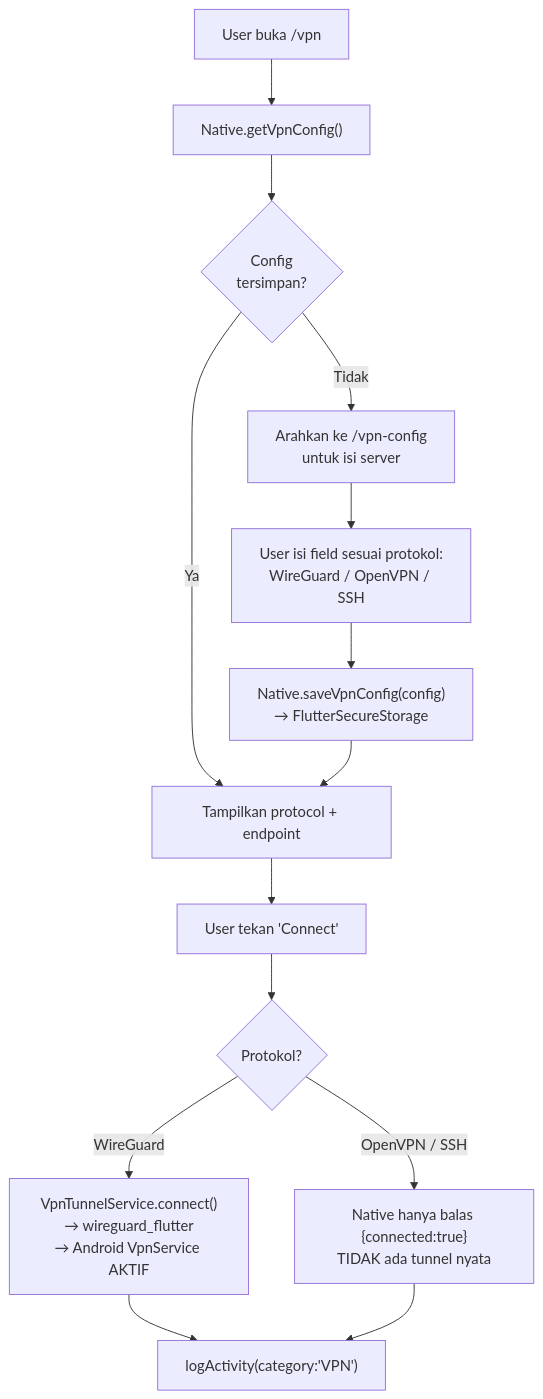
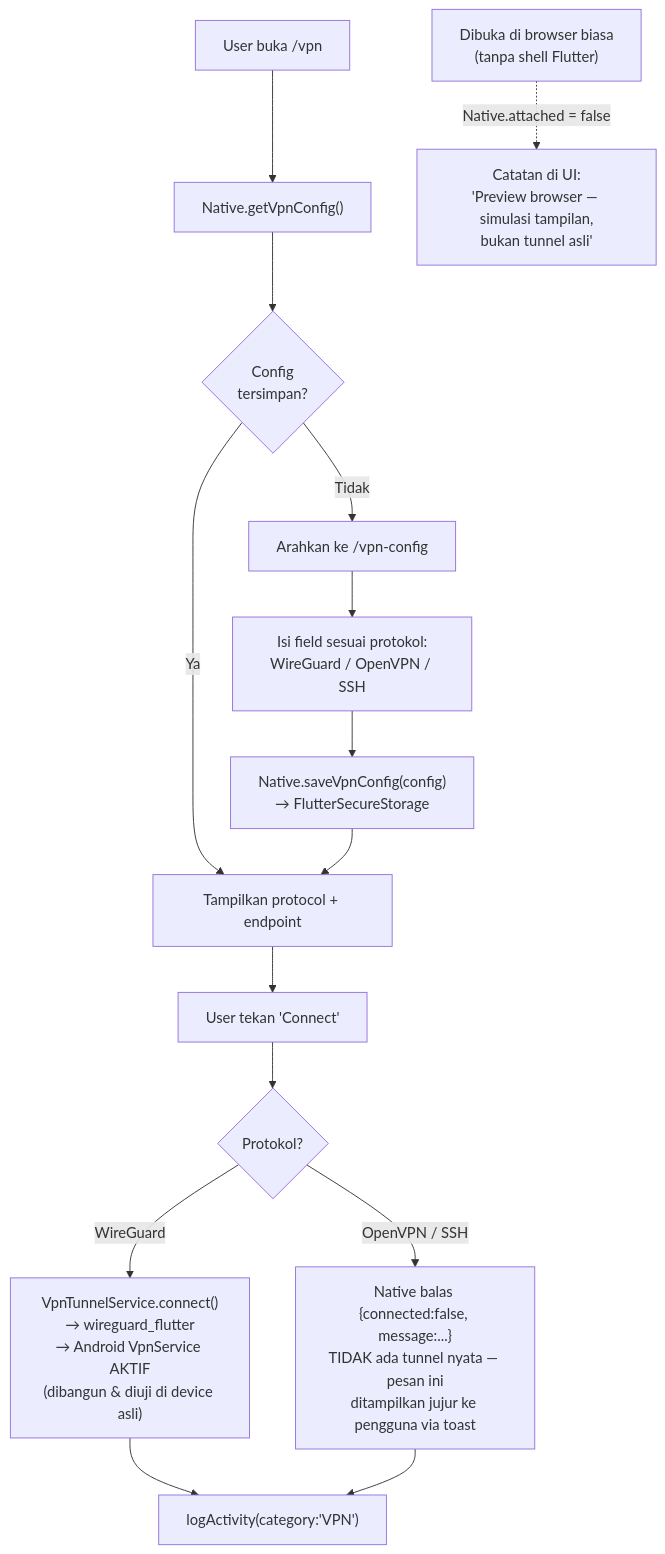
One commit to Khoirul-Yardan/PROJECT-MOBILE-APP changed diagram 12 of 15 in docs/diagram-alur.md. Above: the diagram before and after it, drawn with Mermaid. The commit also changed other lines of this file and 42 other files, not shown here.

````diff
--- a/docs/diagram-alur.md
+++ b/docs/diagram-alur.md
@@ -426,16 +586,18 @@
 ```mermaid
 flowchart TD
     OpenVpn["User buka /vpn"] --> GetConfig["Native.getVpnConfig()"]
     GetConfig --> HasConfig{Config\ntersimpan?}
-    HasConfig -->|Tidak| PromptAdd["Arahkan ke /vpn-config\nuntuk isi server"]
+    HasConfig -->|Tidak| PromptAdd["Arahkan ke /vpn-config"]
     HasConfig -->|Ya| ShowStatus["Tampilkan protocol + endpoint"]
-    PromptAdd --> FillForm["User isi field sesuai protokol:\nWireGuard / OpenVPN / SSH"]
+    PromptAdd --> FillForm["Isi field sesuai protokol:\nWireGuard / OpenVPN / SSH"]
     FillForm --> SaveConfig["Native.saveVpnConfig(config)\n→ FlutterSecureStorage"]
     SaveConfig --> ShowStatus
     ShowStatus --> Connect["User tekan 'Connect'"]
     Connect --> Protocol{Protokol?}
-    Protocol -->|WireGuard| RealTunnel["VpnTunnelService.connect()\n→ wireguard_flutter\n→ Android VpnService AKTIF"]
-    Protocol -->|OpenVPN / SSH| FakeConnect["Native hanya balas {connected:true}\nTIDAK ada tunnel nyata"]
+    Protocol -->|WireGuard| RealTunnel["VpnTunnelService.connect()\n→ wireguard_flutter\n→ Android VpnService AKTIF\n(dibangun & diuji di device asli)"]
+    Protocol -->|OpenVPN / SSH| FakeConnect["Native balas {connected:false, message:...}\nTIDAK ada tunnel nyata — pesan ini\nditampilkan jujur ke pengguna via toast"]
     RealTunnel --> LogVpn["logActivity(category:'VPN')"]
     FakeConnect --> LogVpn
+
+    NoBridge["Dibuka di browser biasa\n(tanpa shell Flutter)"] -.->|Native.attached = false| BrowserNote["Catatan di UI:\n'Preview browser — simulasi tampilan,\nbukan tunnel asli'"]
 ```
````
